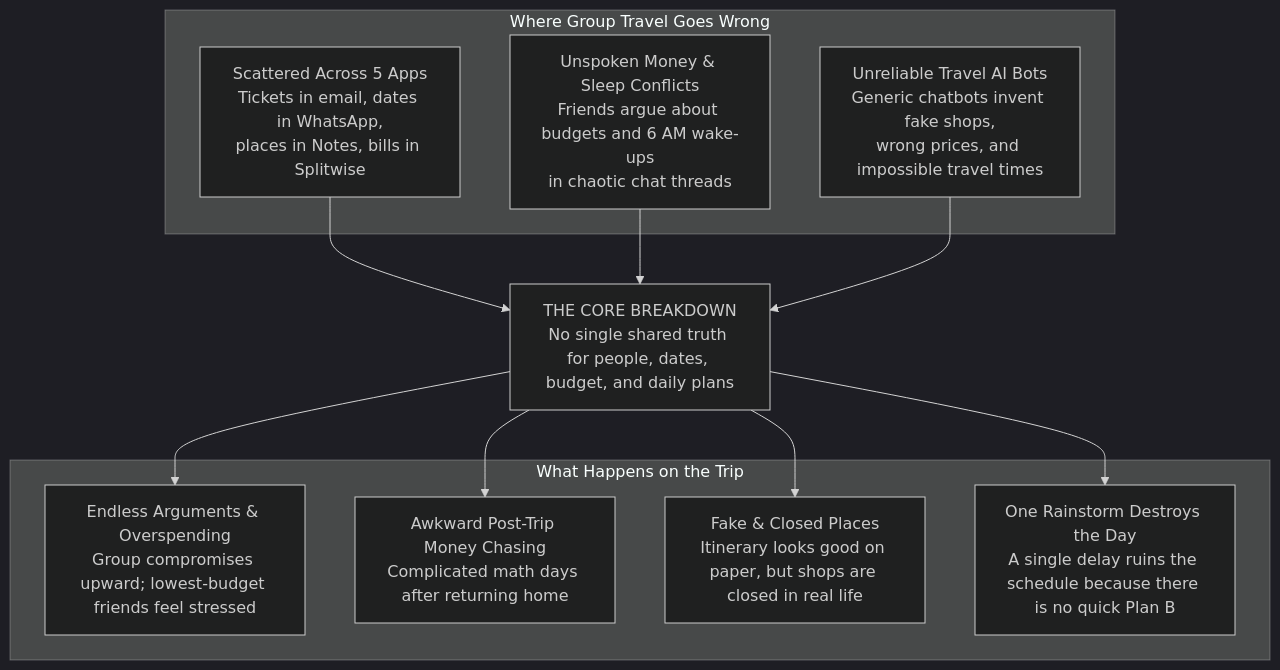
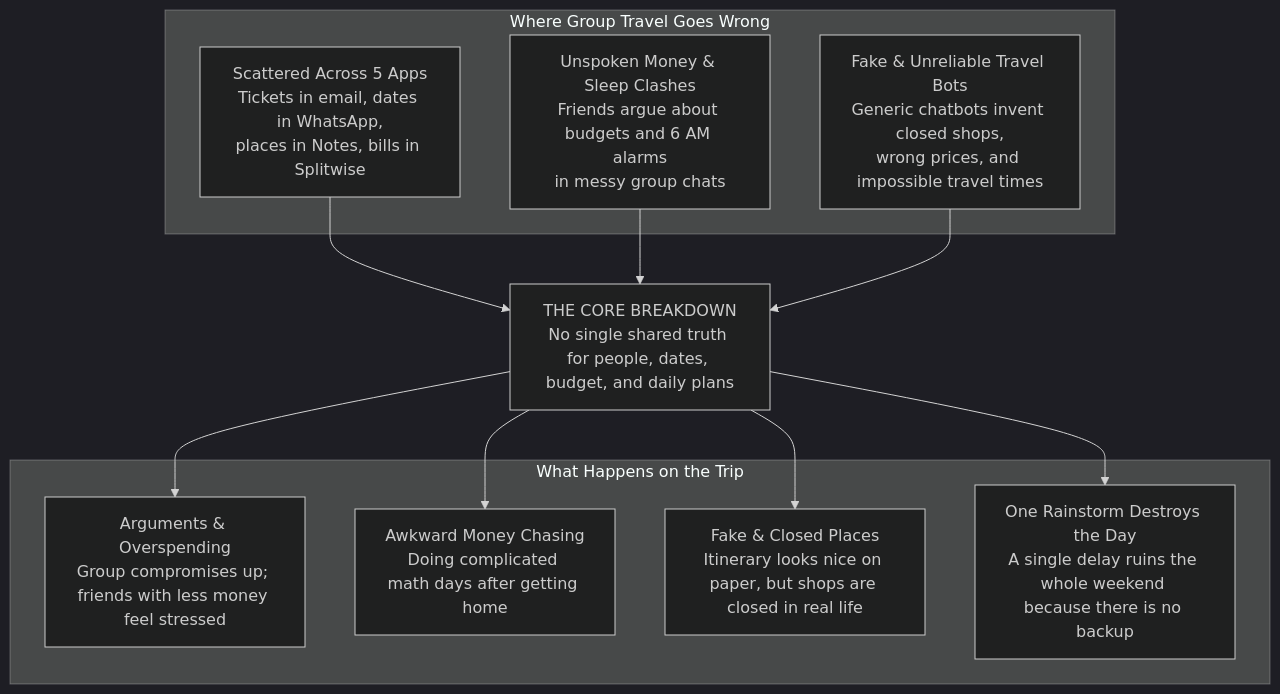
Before and after one commit to nlzce/We-are-the-champions_Plan-B: the fifth of 21 diagrams in README.md, drawn with Mermaid (dark theme). The commit also changed other lines of this file, not shown here.

````diff
--- a/README.md
+++ b/README.md
@@ -214,25 +214,25 @@
 ```mermaid
 flowchart TB
   subgraph CAUSES["Where Group Travel Goes Wrong"]
     C1["Scattered Across 5 Apps<br/>Tickets in email, dates in WhatsApp,<br/>places in Notes, bills in Splitwise"]
-    C2["Unspoken Money & Sleep Conflicts<br/>Friends argue about budgets and 6 AM wake-ups<br/>in chaotic chat threads"]
-    C3["Unreliable Travel AI Bots<br/>Generic chatbots invent fake shops,<br/>wrong prices, and impossible travel times"]
+    C2["Unspoken Money & Sleep Clashes<br/>Friends argue about budgets and 6 AM alarms<br/>in messy group chats"]
+    C3["Fake & Unreliable Travel Bots<br/>Generic chatbots invent closed shops,<br/>wrong prices, and impossible travel times"]
   end
 
   P["THE CORE BREAKDOWN<br/>No single shared truth for people, dates, budget, and daily plans"]
 
   subgraph EFFECTS["What Happens on the Trip"]
-    E1["Endless Arguments & Overspending<br/>Group compromises upward; lowest-budget friends feel stressed"]
-    E2["Awkward Post-Trip Money Chasing<br/>Complicated math days after returning home"]
-    E3["Fake & Closed Places<br/>Itinerary looks good on paper, but shops are closed in real life"]
-    E4["One Rainstorm Destroys the Day<br/>A single delay ruins the schedule because there is no quick Plan B"]
+    E1["Arguments & Overspending<br/>Group compromises up; friends with less money feel stressed"]
+    E2["Awkward Money Chasing<br/>Doing complicated math days after getting home"]
+    E3["Fake & Closed Places<br/>Itinerary looks nice on paper, but shops are closed in real life"]
+    E4["One Rainstorm Destroys the Day<br/>A single delay ruins the whole weekend because there is no backup"]
   end
 
   C1 --> P
   C2 --> P
   C3 --> P
   P --> E1
   P --> E2
   P --> E3
   P --> E4
 ```
````
